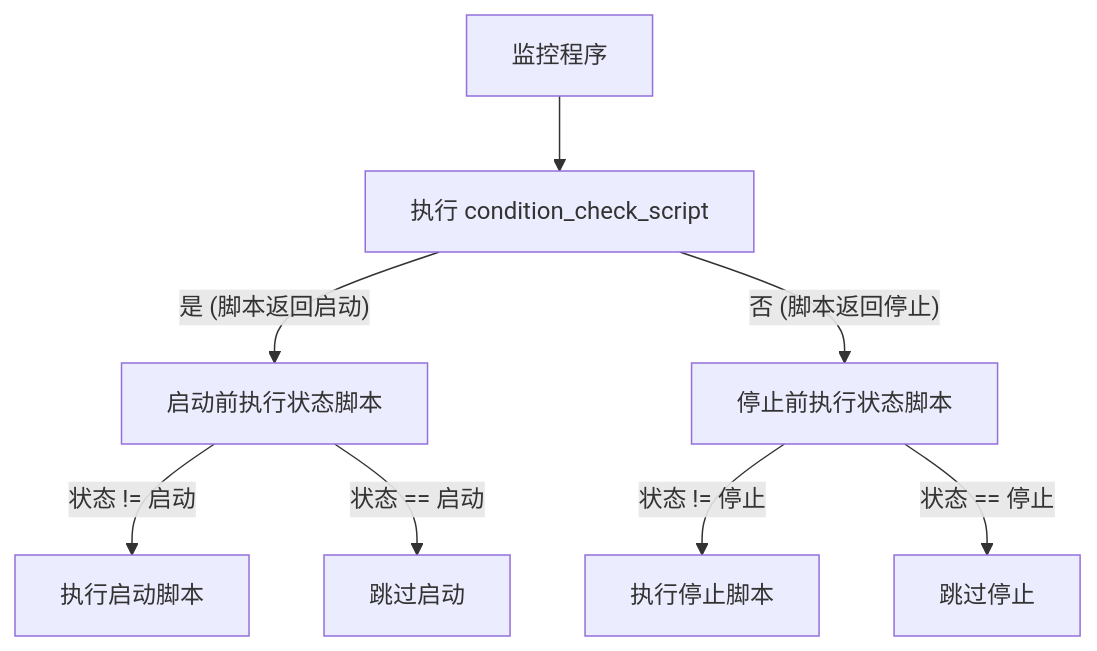
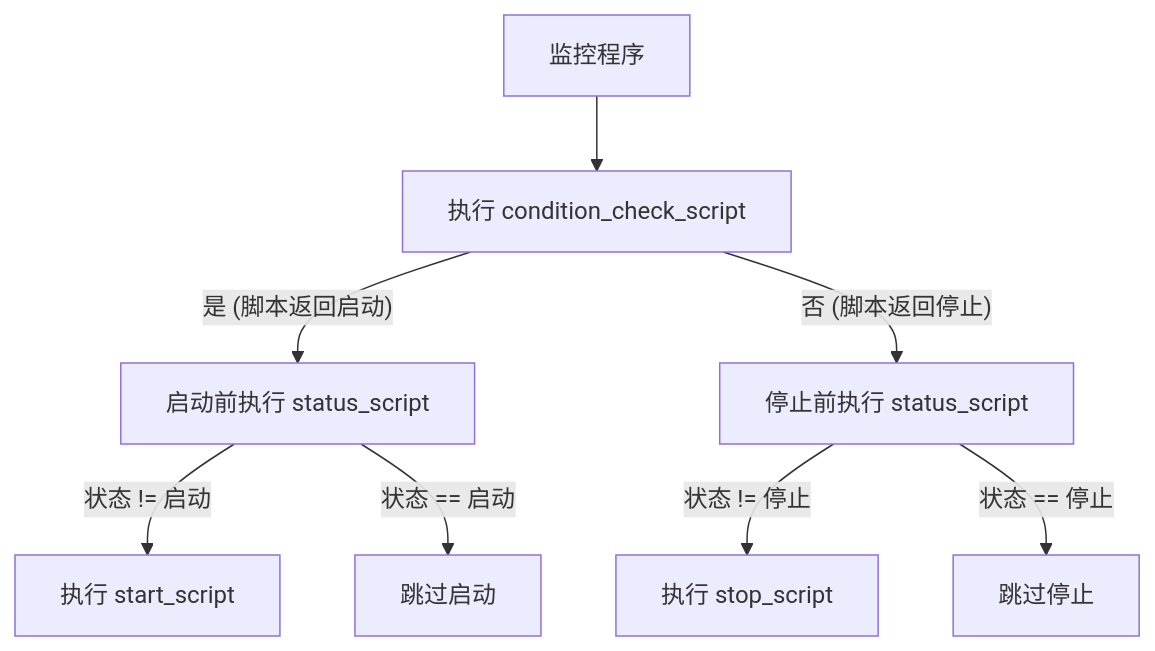
Before and after one commit to alauda/knowledge: the diagram in docs/zh/solutions/How_to_perform_disaster_recovery_for_harbor.md, drawn with Mermaid. The commit also changed other lines of this file, not shown here.

````diff
--- a/docs/zh/solutions/How_to_perform_disaster_recovery_for_harbor.md
+++ b/docs/zh/solutions/How_to_perform_disaster_recovery_for_harbor.md
@@ -398,10 +398,10 @@
 ```mermaid
 flowchart TD
   Start[监控程序] --> condition_check_script[执行 condition_check_script]
-  condition_check_script -->|"是 (脚本返回启动)"| StatusBeforeStart[启动前执行状态脚本]
-  StatusBeforeStart -->|"状态 != 启动"| start_script[执行启动脚本]
+  condition_check_script -->|"是 (脚本返回启动)"| StatusBeforeStart[启动前执行 status_script]
+  StatusBeforeStart -->|"状态 != 启动"| start_script[执行 start_script]
   StatusBeforeStart -->|"状态 == 启动"| End1[跳过启动]
-  condition_check_script -->|"否 (脚本返回停止)"| StatusBeforeStop[停止前执行状态脚本]
-  StatusBeforeStop -->|"状态 != 停止"| stop_script[执行停止脚本]
+  condition_check_script -->|"否 (脚本返回停止)"| StatusBeforeStop[停止前执行 status_script]
+  StatusBeforeStop -->|"状态 != 停止"| stop_script[执行 stop_script]
   StatusBeforeStop -->|"状态 == 停止"| End[跳过停止]
 ```
````
